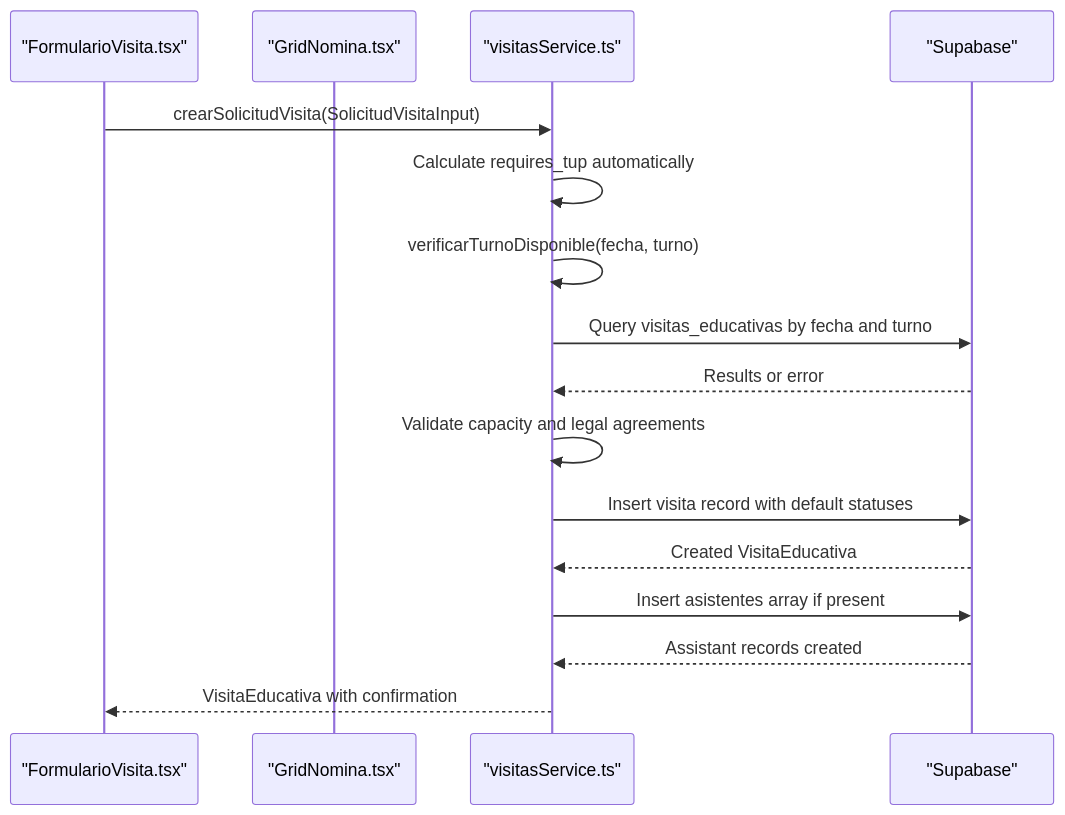
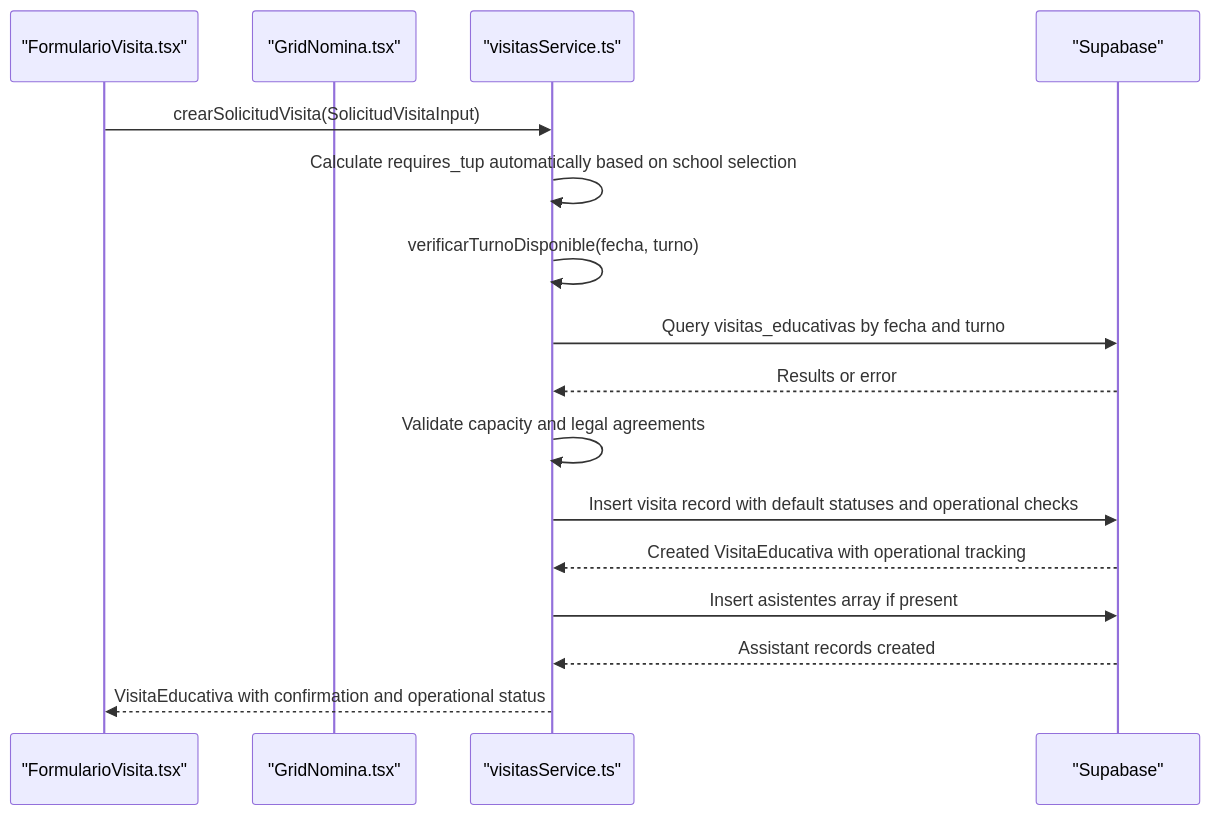
The second of 4 diagrams in .qoder/repowiki/en/content/Data Models & Type System.md (AgusCatra/simu-twin-web), drawn with Mermaid before and after one commit. The commit also changed other lines of this file and 21 other files, not shown here.

````diff
--- a/.qoder/repowiki/en/content/Data Models & Type System.md
+++ b/.qoder/repowiki/en/content/Data Models & Type System.md
@@ -99,18 +104,18 @@
 ```mermaid
 sequenceDiagram
 participant UI as "FormularioVisita.tsx"
 participant Grid as "GridNomina.tsx"
 participant Service as "visitasService.ts"
 participant DB as "Supabase"
 UI->>Service : crearSolicitudVisita(SolicitudVisitaInput)
-Service->>Service : Calculate requires_tup automatically
+Service->>Service : Calculate requires_tup automatically based on school selection
 Service->>Service : verificarTurnoDisponible(fecha, turno)
 Service->>DB : Query visitas_educativas by fecha and turno
 DB-->>Service : Results or error
 Service->>Service : Validate capacity and legal agreements
-Service->>DB : Insert visita record with default statuses
-DB-->>Service : Created VisitaEducativa
+Service->>DB : Insert visita record with default statuses and operational checks
+DB-->>Service : Created VisitaEducativa with operational tracking
 Service->>DB : Insert asistentes array if present
 DB-->>Service : Assistant records created
-Service-->>UI : VisitaEducativa with confirmation
+Service-->>UI : VisitaEducativa with confirmation and operational status
 ```
````
